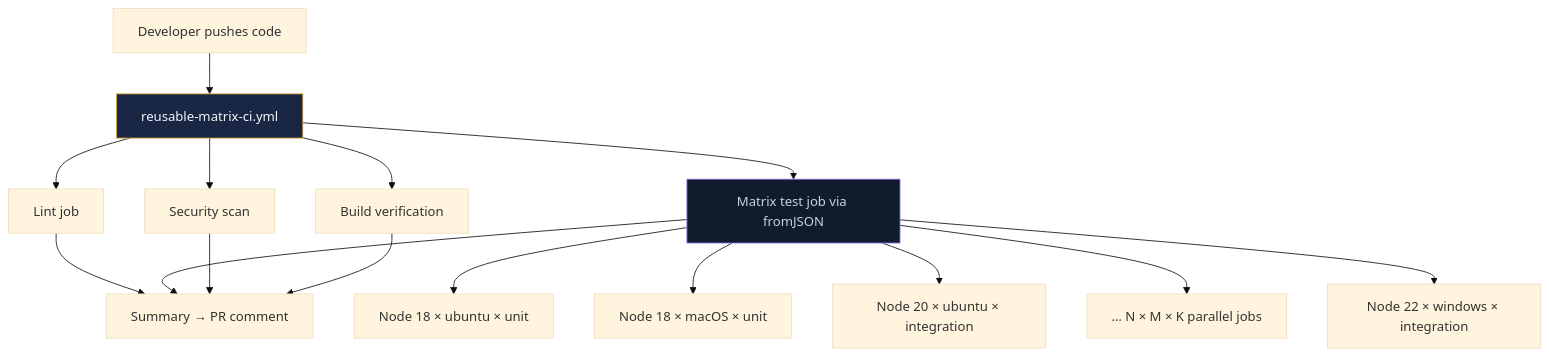
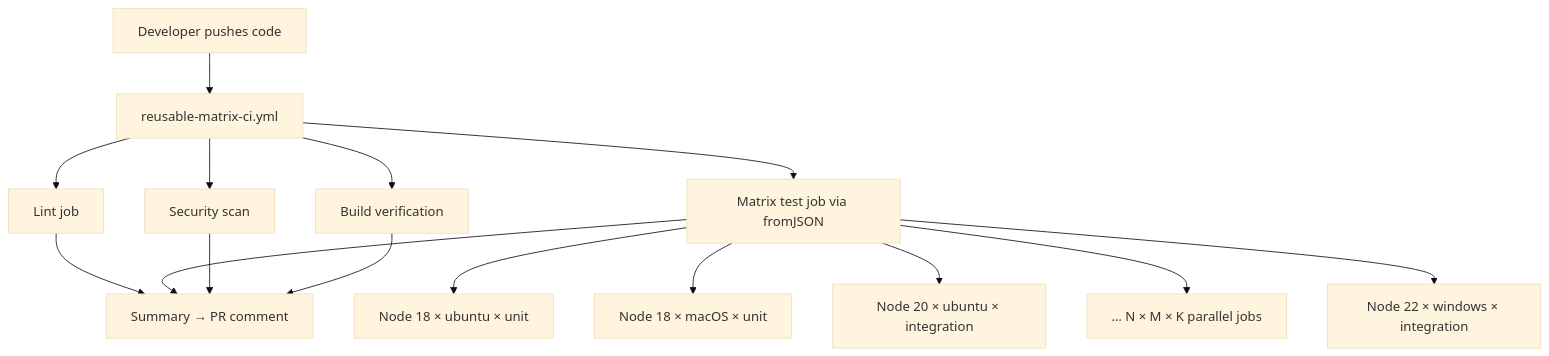
One commit to mruthyunjaya-lakkappanavar/gha-reusable-workflows-docs changed the fourth of 6 diagrams in docs/02-architecture.md. Above: the diagram before and after it, drawn with Mermaid (base theme). The commit also changed other lines of this file and 4 other files, not shown here.

Commit message:
Remove hardcoded dark styles from Mermaid diagrams for light/dark mode support

````diff
--- a/docs/02-architecture.md
+++ b/docs/02-architecture.md
@@ -136,17 +120,14 @@
 ```mermaid
 flowchart TB
     A["Developer pushes code"] --> B["reusable-matrix-ci.yml"]
     B --> C["Lint job"]
     B --> D["Matrix test job via fromJSON"]
     B --> E["Security scan"]
     B --> F["Build verification"]
     D --> D1["Node 18 × ubuntu × unit"]
     D --> D2["Node 18 × macOS × unit"]
     D --> D3["Node 20 × ubuntu × integration"]
     D --> D4["… N × M × K parallel jobs"]
     D --> D5["Node 22 × windows × integration"]
     C & D & E & F --> G["Summary → PR comment"]
-
-    style B fill:#1a2744,stroke:#e5b83a,color:#f0f4f8
-    style D fill:#111b2e,stroke:#a78bfa,color:#c9d1d9
 ```
````
